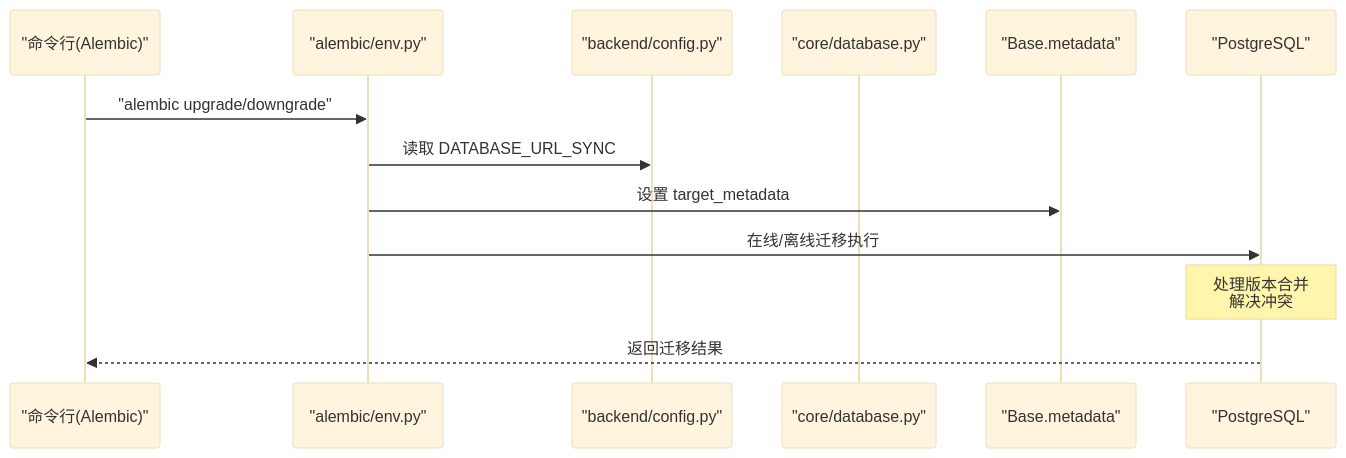
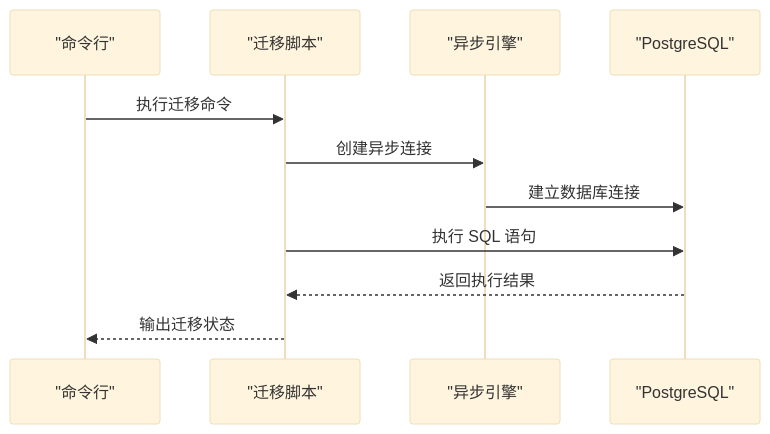
The second of 8 diagrams in .qoder/repowiki/zh/content/部署与运维/数据库管理与迁移.md (xfbyxq/ai-novel-system), drawn with Mermaid (base theme) before and after one commit. The commit also changed other lines of this file and 4 other files, not shown here.

First line of the commit message:
feat(database): 切换至手动迁移脚本系统并增强数据库Schema设计

````diff
--- a/.qoder/repowiki/zh/content/部署与运维/数据库管理与迁移.md
+++ b/.qoder/repowiki/zh/content/部署与运维/数据库管理与迁移.md
@@ -148,15 +101,13 @@
 ```mermaid
 sequenceDiagram
-participant CLI as "命令行(Alembic)"
-participant ENV as "alembic/env.py"
-participant CFG as "backend/config.py"
-participant DB as "core/database.py"
-participant META as "Base.metadata"
-participant PG as "PostgreSQL"
-CLI->>ENV : "alembic upgrade/downgrade"
-ENV->>CFG : 读取 DATABASE_URL_SYNC
-ENV->>META : 设置 target_metadata
-ENV->>PG : 在线/离线迁移执行
-Note over PG : 处理版本合并<br/>解决冲突
-PG-->>CLI : 返回迁移结果
+participant CLI as "命令行"
+participant SCRIPT as "迁移脚本"
+participant ENGINE as "异步引擎"
+participant DB as "PostgreSQL"
+CLI->>SCRIPT : 执行迁移命令
+SCRIPT->>ENGINE : 创建异步连接
+ENGINE->>DB : 建立数据库连接
+SCRIPT->>DB : 执行 SQL 语句
+DB-->>SCRIPT : 返回执行结果
+SCRIPT-->>CLI : 输出迁移状态
 ```
````
